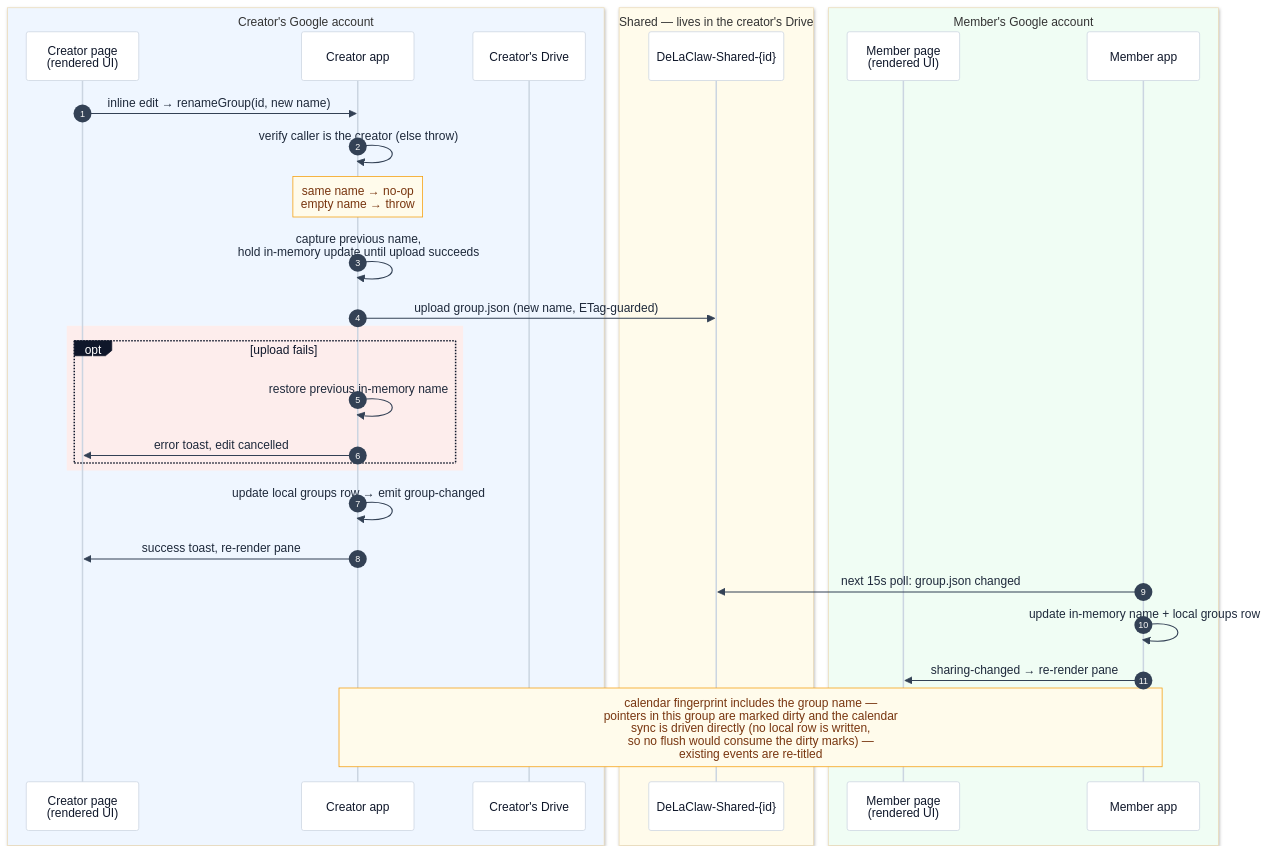
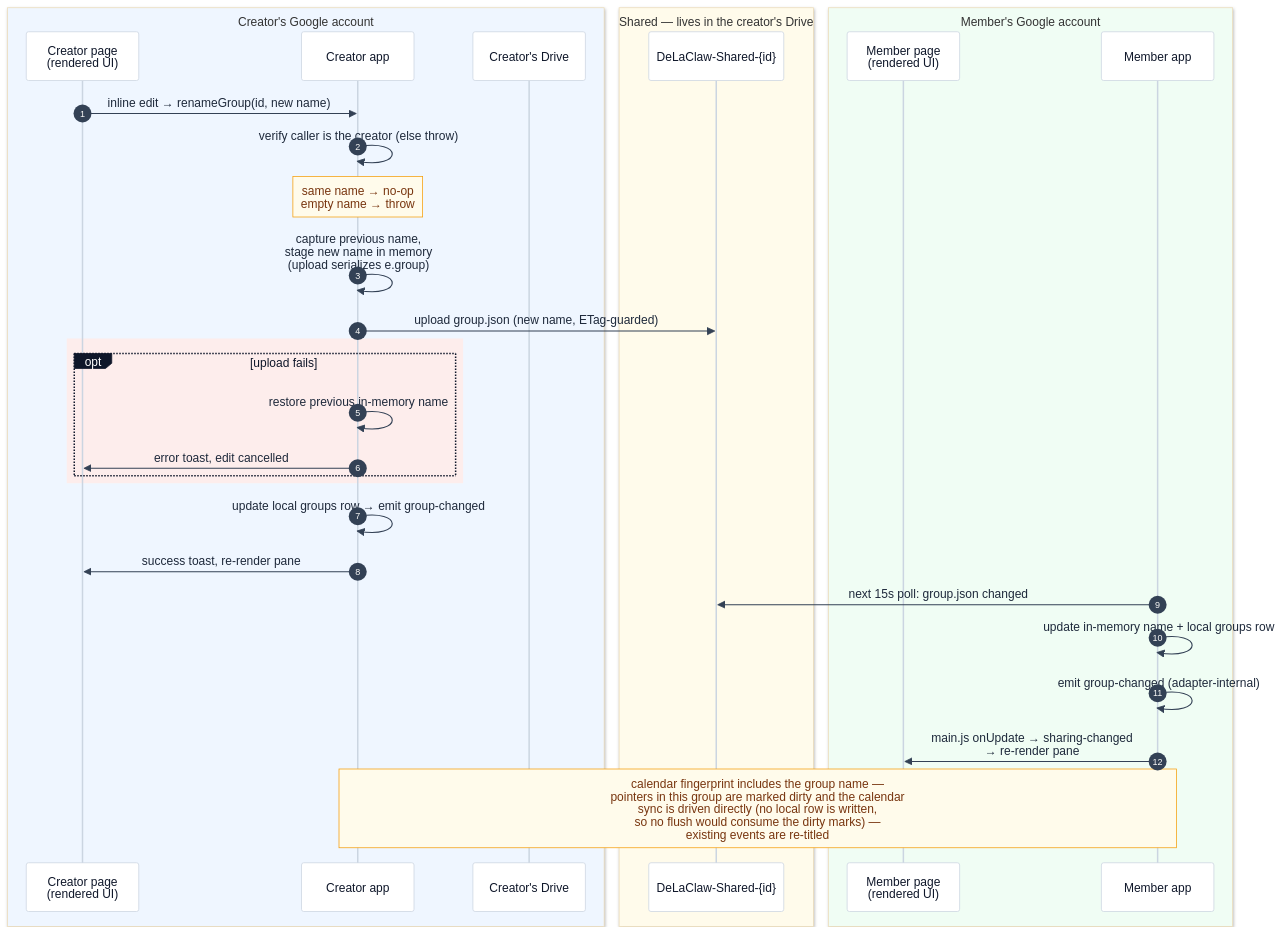
Before and after one commit to AntGro/DeLaClaw: diagram 13 of 14 in docs-site/sharing.md, drawn with Mermaid. The commit also changed other lines of this file and 18 other files, not shown here.

First line of the commit message:
feat(sharing): optimistic mutations, gated account wipe, diagram conventions

````diff
--- a/docs-site/sharing.md
+++ b/docs-site/sharing.md
@@ -539,35 +614,36 @@
 ```mermaid
 %%{init: {'theme': 'base', 'themeVariables': {'background': '#fbfaf8', 'actorBkg': '#ffffff', 'actorBorder': '#cbd5e1', 'actorTextColor': '#0f172a', 'actorLineColor': '#cbd5e1', 'signalColor': '#334155', 'signalTextColor': '#1e293b', 'noteBkgColor': '#fffbeb', 'noteBorderColor': '#f59e0b', 'noteTextColor': '#78350f', 'labelBoxBkgColor': '#0f172a', 'labelBoxBorderColor': '#0f172a', 'labelTextColor': '#ffffff'}}}%%
 sequenceDiagram
     autonumber
     box rgb(239,246,255) Creator's Google account
     participant CP as Creator page<br/>(rendered UI)
     participant CA as Creator app
     participant CD as Creator's Drive
     end
     box rgb(255,251,235) Shared — lives in the creator's Drive
     participant SF as DeLaClaw-Shared-{id}
     end
     box rgb(240,253,244) Member's Google account
     participant MP as Member page<br/>(rendered UI)
     participant MA as Member app
     end
 
     CP->>CA: inline edit → renameGroup(id, new name)
     CA->>CA: verify caller is the creator (else throw)
     Note over CA: same name → no-op<br/>empty name → throw
-    CA->>CA: capture previous name,<br/>hold in-memory update until upload succeeds
+    CA->>CA: capture previous name,<br/>stage new name in memory<br/>(upload serializes e.group)
     CA->>SF: upload group.json (new name, ETag-guarded)
     rect rgb(253, 237, 236)
     opt upload fails
         CA->>CA: restore previous in-memory name
         CA->>CP: error toast, edit cancelled
     end
     end
     CA->>CA: update local groups row → emit group-changed
     CA->>CP: success toast, re-render pane
     MA->>SF: next 15s poll: group.json changed
     MA->>MA: update in-memory name + local groups row
-    MA->>MP: sharing-changed → re-render pane
+    MA->>MA: emit group-changed (adapter-internal)
+    MA->>MP: main.js onUpdate → sharing-changed<br/>→ re-render pane
     Note over CA,MA: calendar fingerprint includes the group name —<br/>pointers in this group are marked dirty and the calendar<br/>sync is driven directly (no local row is written,<br/>so no flush would consume the dirty marks) —<br/>existing events are re-titled
 ```
````
